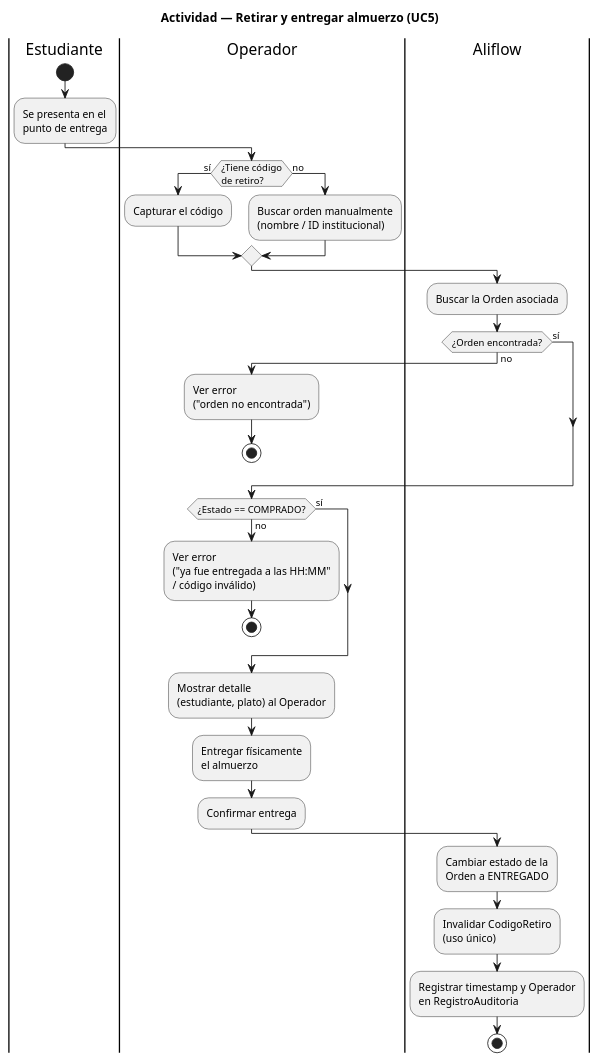
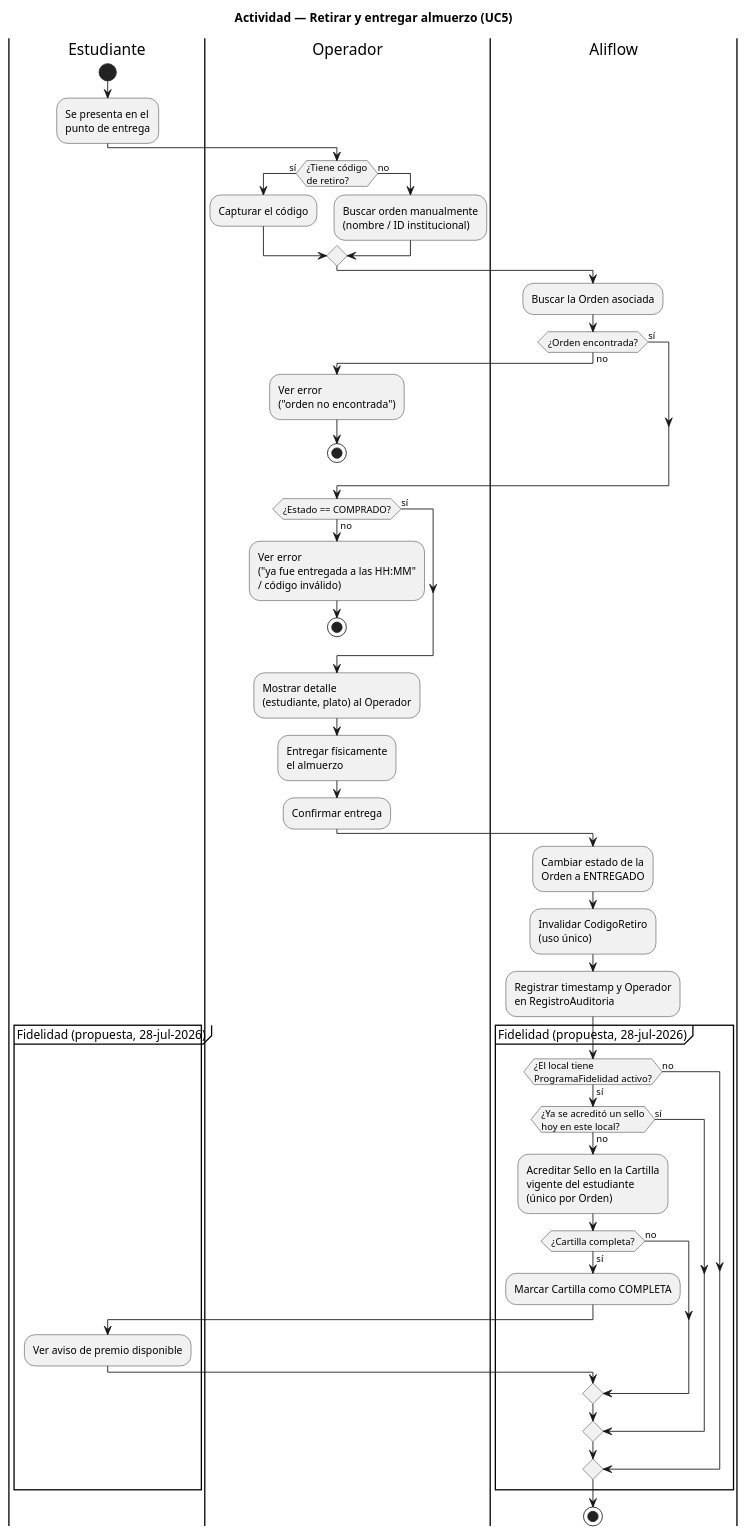
Before and after one commit to Jesus-JB/aliflow: the diagram in uml/actividad-retiro-entrega.puml, drawn with PlantUML. The commit also changed 19 other files, not shown here.

```diff
--- a/uml/actividad-retiro-entrega.puml
+++ b/uml/actividad-retiro-entrega.puml
@@ -1,44 +1,61 @@
 @startuml actividad-retiro-entrega-aliflow
 
 title Actividad — Retirar y entregar almuerzo (UC5)
 
 |Estudiante|
 start
 :Se presenta en el\npunto de entrega;
 
 |Operador|
 if (¿Tiene código\nde retiro?) then (sí)
   :Capturar el código;
 else (no)
   :Buscar orden manualmente\n(nombre / ID institucional);
 endif
 
 |Aliflow|
 :Buscar la Orden asociada;
 if (¿Orden encontrada?) then (no)
   |Operador|
   :Ver error\n("orden no encontrada");
   stop
 else (sí)
 endif
 
 if (¿Estado == COMPRADO?) then (no)
   |Operador|
   :Ver error\n("ya fue entregada a las HH:MM"\n/ código inválido);
   stop
 else (sí)
 endif
 
 :Mostrar detalle\n(estudiante, plato) al Operador;
 
 |Operador|
 :Entregar físicamente\nel almuerzo;
 :Confirmar entrega;
 
 |Aliflow|
 :Cambiar estado de la\nOrden a ENTREGADO;
 :Invalidar CodigoRetiro\n(uso único);
 :Registrar timestamp y Operador\nen RegistroAuditoria;
+
+partition "Fidelidad (propuesta, 28-jul-2026)" {
+  if (¿El local tiene\nProgramaFidelidad activo?) then (no)
+  else (sí)
+    if (¿Ya se acreditó un sello\nhoy en este local?) then (sí)
+    else (no)
+      :Acreditar Sello en la Cartilla\nvigente del estudiante\n(único por Orden);
+      if (¿Cartilla completa?) then (sí)
+        :Marcar Cartilla como COMPLETA;
+        |Estudiante|
+        :Ver aviso de premio disponible;
+        |Aliflow|
+      else (no)
+      endif
+    endif
+  endif
+}
 stop
 
 @enduml
```
